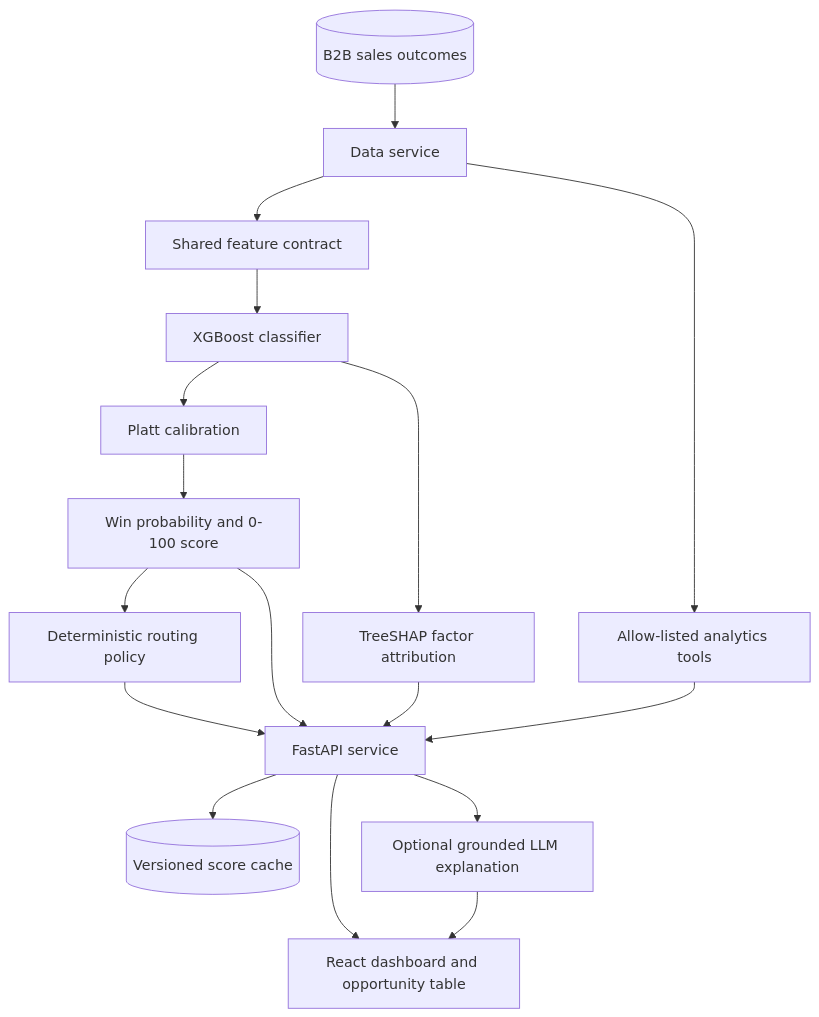
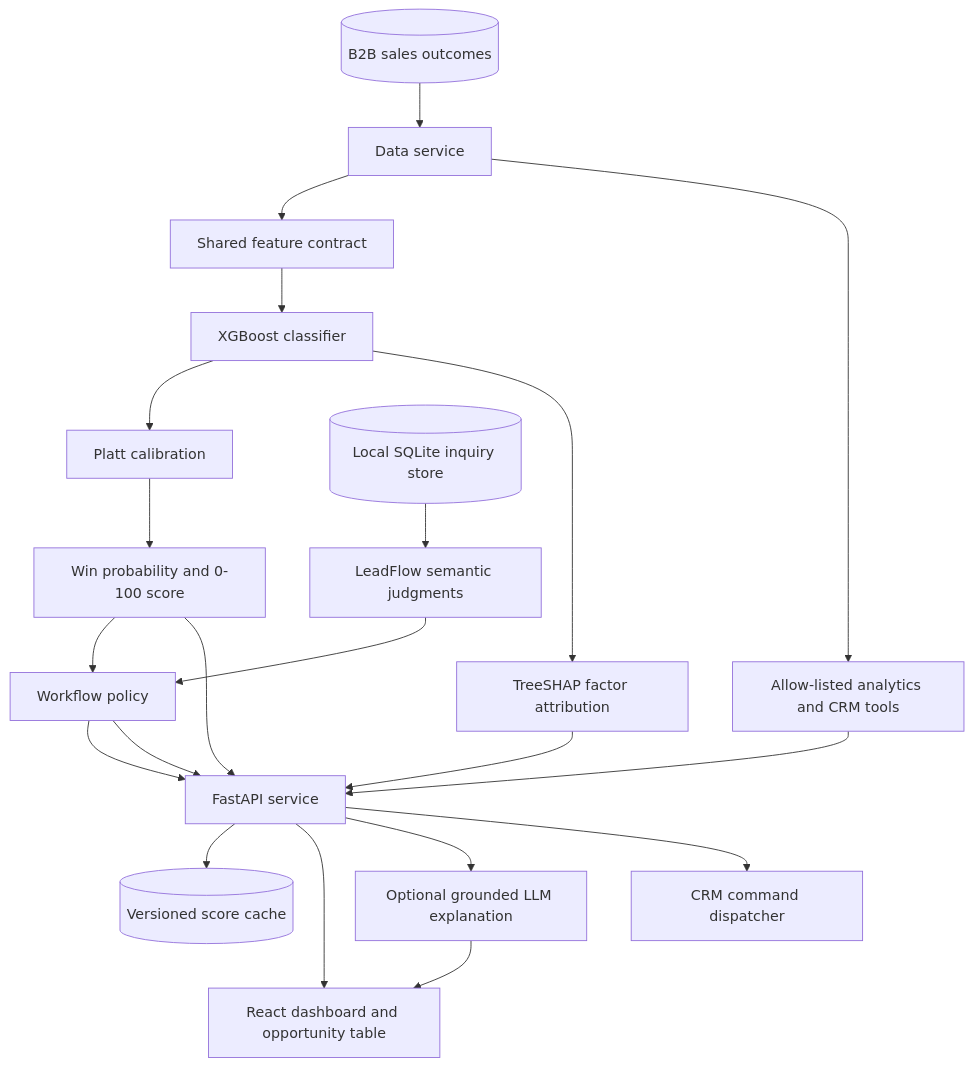
One commit to sandeeppanem/genai-lead-scoring-agent changed the diagram in README.md. Above: the diagram before and after it, drawn with Mermaid. The commit also changed other lines of this file and 28 other files, not shown here.

Commit message:
Add LeadFlow workflows and Gateway-backed CRM commands

````diff
--- a/README.md
+++ b/README.md
@@ -29,24 +32,29 @@
 ```mermaid
 flowchart TD
     DATA[(B2B sales outcomes)] --> DS[Data service]
     DS --> FEATURES[Shared feature contract]
 
     FEATURES --> XGB[XGBoost classifier]
     XGB --> CAL[Platt calibration]
     CAL --> SCORE[Win probability and 0-100 score]
     XGB --> SHAP[TreeSHAP factor attribution]
 
     SCORE --> POLICY[Deterministic routing policy]
     SCORE --> API[FastAPI service]
     SHAP --> API
     POLICY --> API
 
     API --> CACHE[(Versioned score cache)]
     API --> UI[React dashboard and opportunity table]
 
     API --> LLM[Optional grounded LLM explanation]
     LLM --> UI
 
-    DS --> TOOLS[Allow-listed analytics tools]
+    DS --> TOOLS[Allow-listed analytics and CRM tools]
     TOOLS --> API
+
+    INQUIRY[(Local SQLite inquiry store)] --> LEADFLOW[LeadFlow semantic judgments]
+    LEADFLOW --> POLICY[Workflow policy]
+    POLICY --> API
+    API --> COMMANDS[CRM command dispatcher]
 ```
````
